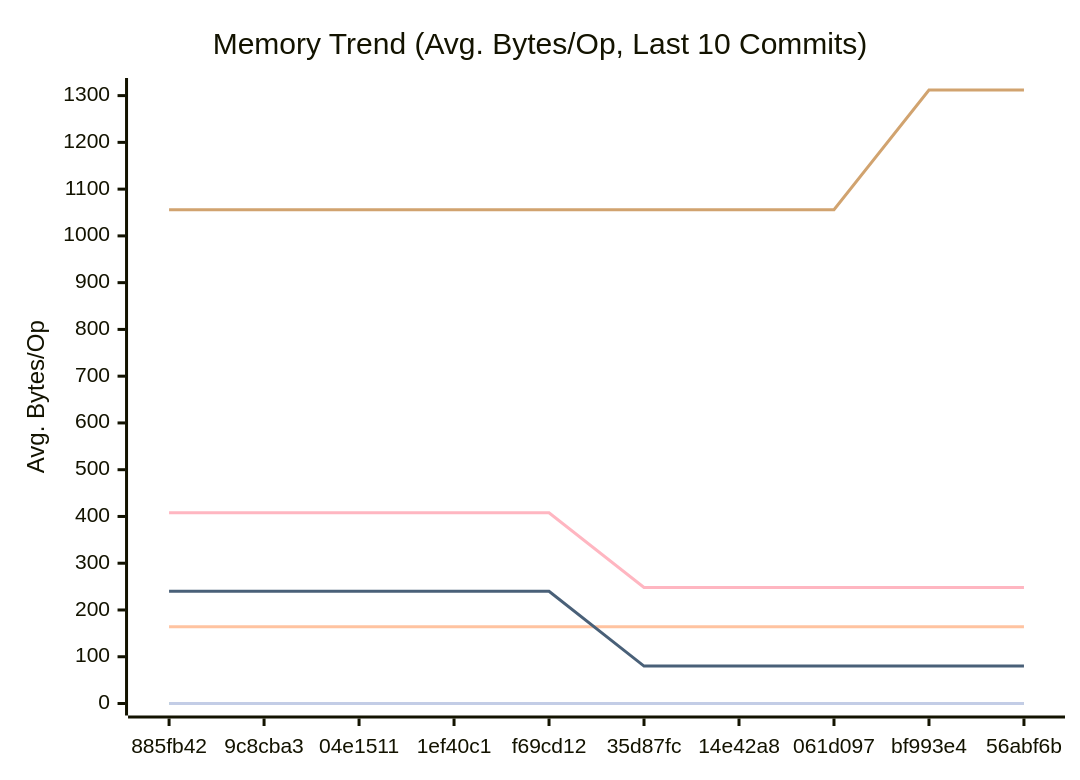
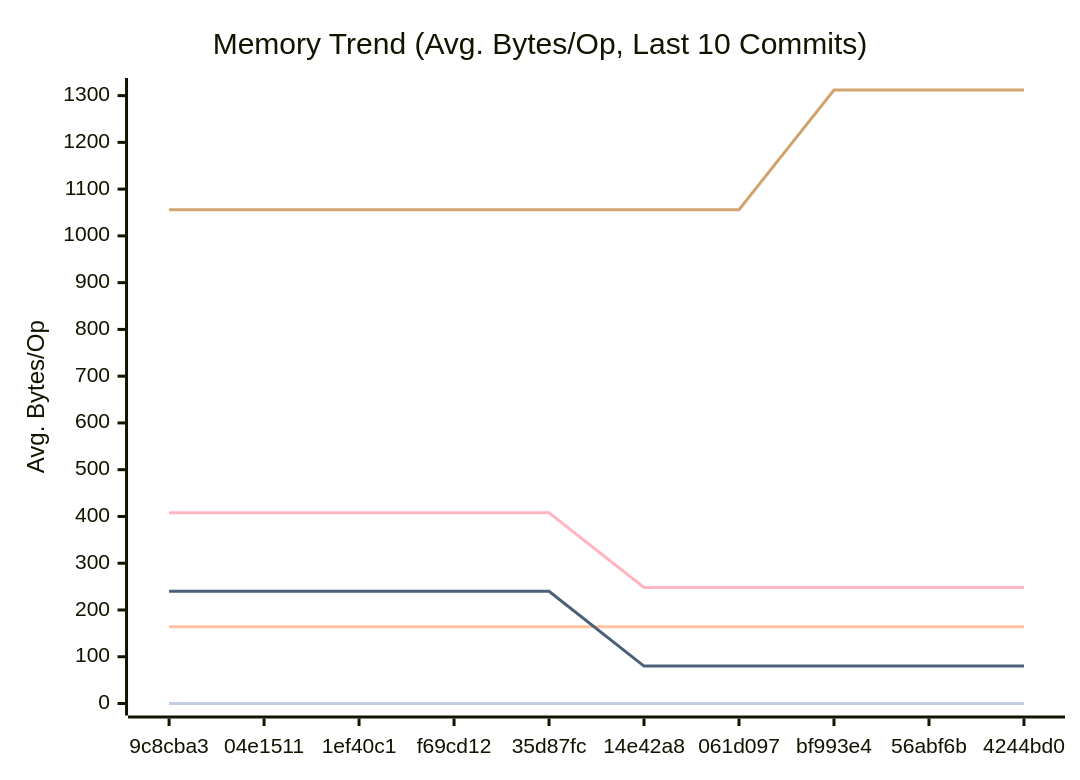
The second of 3 diagrams in docs/PERFORMANCE.md (alsotoes/momo), drawn with Mermaid before and after one commit. The commit also changed other lines of this file and 3 other files, not shown here.

````diff
--- a/docs/PERFORMANCE.md
+++ b/docs/PERFORMANCE.md
@@ -97,16 +97,16 @@
 ```mermaid
 xychart-beta
     title "Memory Trend (Avg. Bytes/Op, Last 10 Commits)"
     x-axis "Commit"
     y-axis "Avg. Bytes/Op"
-    x-axis [885fb42,9c8cba3,04e1511,1ef40c1,f69cd12,35d87fc,14e42a8,061d097,bf993e4,56abf6b]
+    x-axis [9c8cba3,04e1511,1ef40c1,f69cd12,35d87fc,14e42a8,061d097,bf993e4,56abf6b,4244bd0]
     line "CheckMetricsAndSwap" [0,0,0,0,0,0,0,0,0,0]
     line "CrushOptimized" [0,0,0,0,0,0,0,0,0,0]
     line "CrushOriginal" [164,164,164,164,164,164,164,164,164,164]
     line "IndexDirectTracking" [0,0,0,0,0,0,0,0,0,0]
     line "IndexSearch" [0,0,0,0,0,0,0,0,0,0]
-    line "LoadGlobalConfig" [1056,1056,1056,1056,1056,1056,1056,1056,1312,1312]
+    line "LoadGlobalConfig" [1056,1056,1056,1056,1056,1056,1056,1312,1312,1312]
     line "PadString" [0,0,0,0,0,0,0,0,0,0]
     line "ParseReplicationOrder_NoPrealloc" [408,408,408,408,408,248,248,248,248,248]
     line "ParseReplicationOrder_Prealloc" [240,240,240,240,240,80,80,80,80,80]
 ```
````
